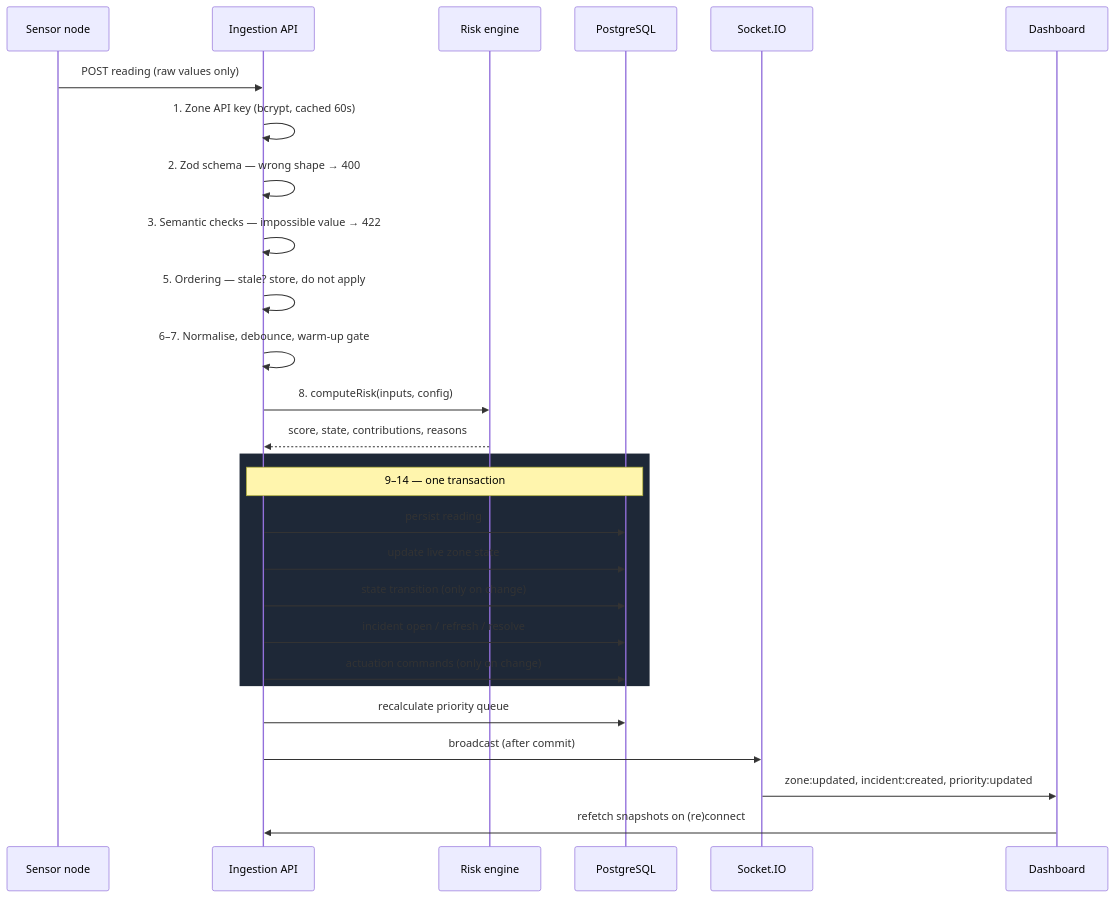
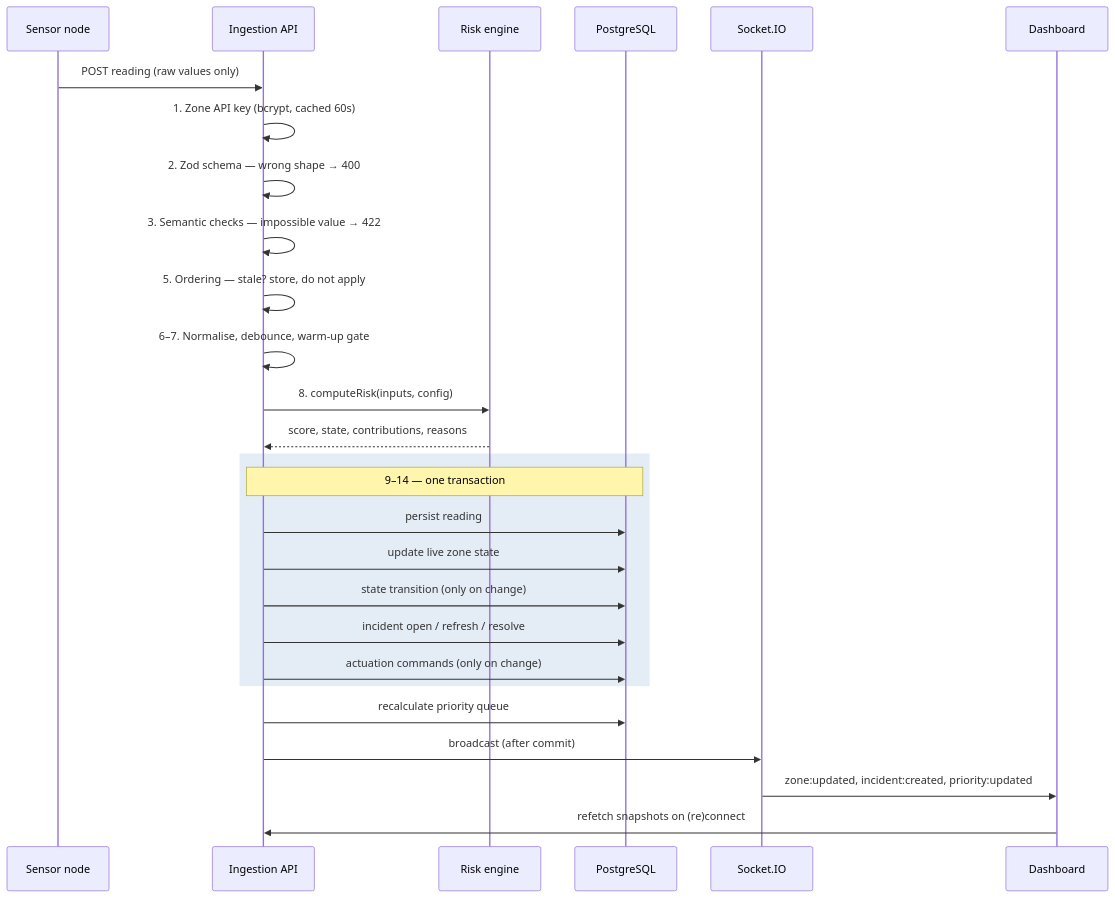
The second of 2 diagrams in docs/architecture.md (sayeedjoy/uftb-techathon-preli), drawn with Mermaid before and after one commit. The commit also changed 2 other files, not shown here.

````diff
--- a/docs/architecture.md
+++ b/docs/architecture.md
@@ -65,32 +65,32 @@
 ```mermaid
 sequenceDiagram
   participant Node as Sensor node
   participant API as Ingestion API
   participant Risk as Risk engine
   participant DB as PostgreSQL
   participant Sock as Socket.IO
   participant UI as Dashboard
 
   Node->>API: POST reading (raw values only)
   API->>API: 1. Zone API key (bcrypt, cached 60s)
   API->>API: 2. Zod schema — wrong shape → 400
   API->>API: 3. Semantic checks — impossible value → 422
   API->>API: 5. Ordering — stale? store, do not apply
   API->>API: 6–7. Normalise, debounce, warm-up gate
   API->>Risk: 8. computeRisk(inputs, config)
   Risk-->>API: score, state, contributions, reasons
 
-  rect rgb(30,40,55)
+  rect rgb(228,236,246)
     note over API,DB: 9–14 — one transaction
     API->>DB: persist reading
     API->>DB: update live zone state
     API->>DB: state transition (only on change)
     API->>DB: incident open / refresh / resolve
     API->>DB: actuation commands (only on change)
   end
 
   API->>DB: recalculate priority queue
   API->>Sock: broadcast (after commit)
   Sock->>UI: zone:updated, incident:created, priority:updated
   UI->>API: refetch snapshots on (re)connect
 ```
````
